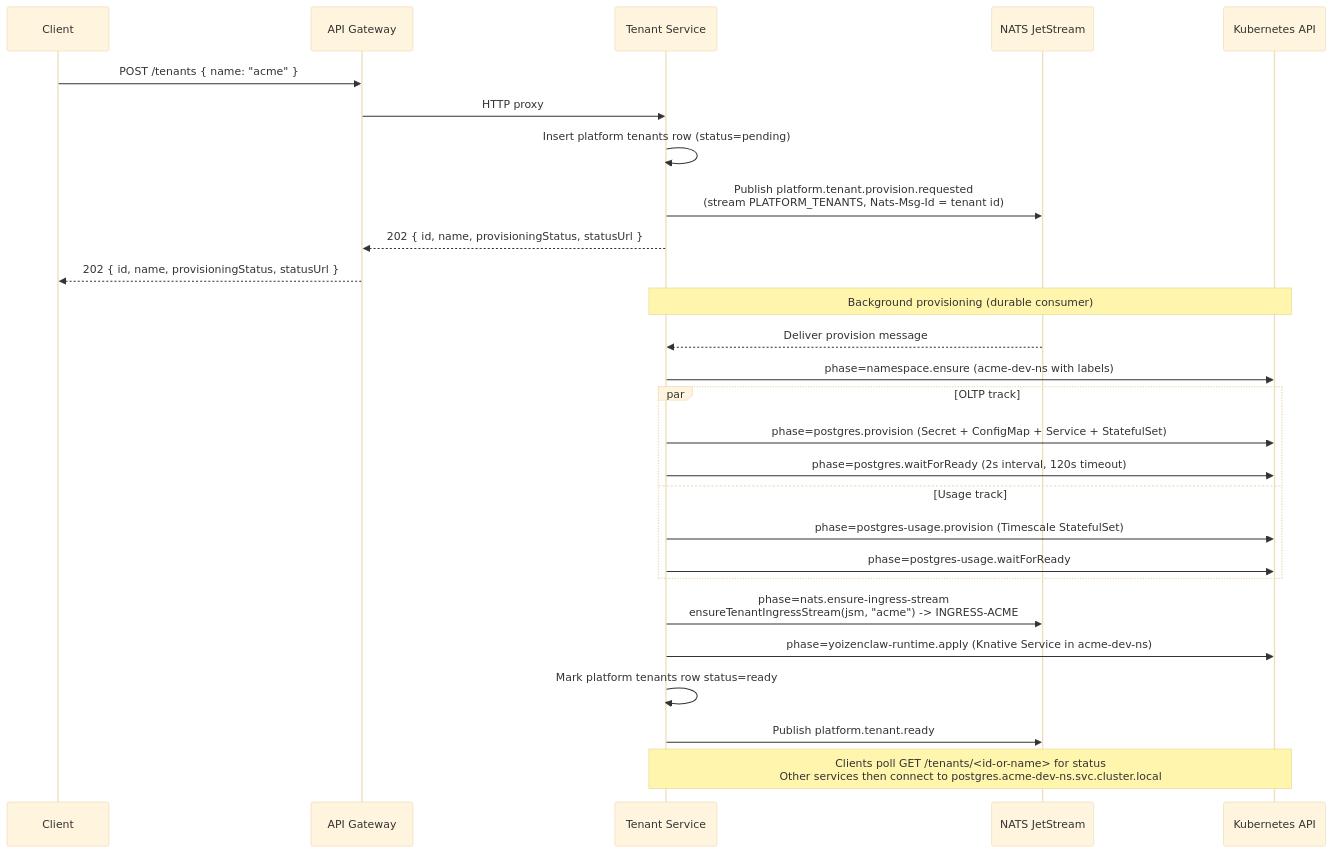
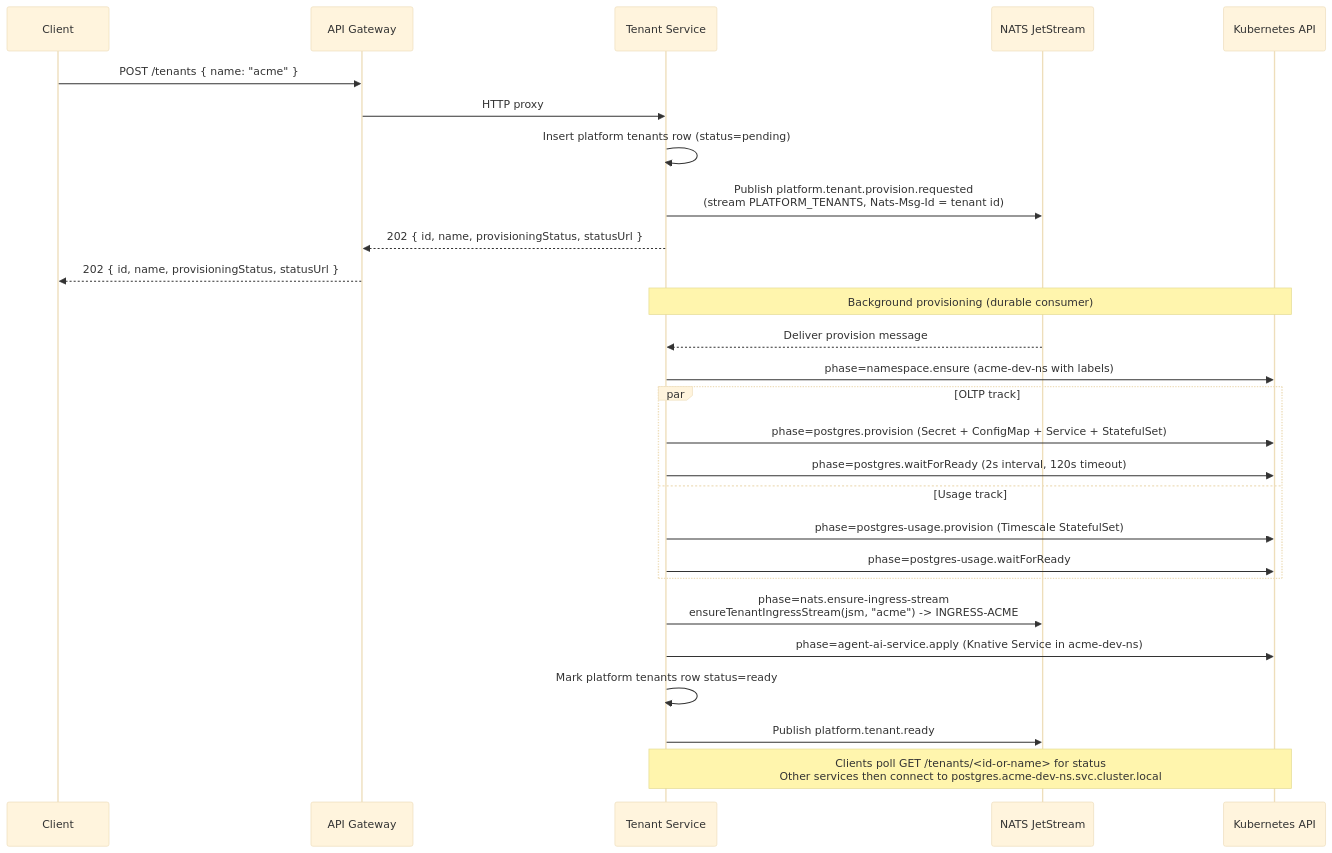
The fourth of 11 diagrams in DOCS/01-ARCHITECTURE.md (ccarnero/colloqui), drawn with Mermaid (base theme) before and after one commit. The commit also changed other lines of this file and 1226 other files, not shown here.

````diff
--- a/DOCS/01-ARCHITECTURE.md
+++ b/DOCS/01-ARCHITECTURE.md
@@ -198,32 +198,32 @@
 ```mermaid
 sequenceDiagram
     participant C as Client
     participant GW as API Gateway
     participant TS as Tenant Service
     participant NATS as NATS JetStream
     participant K8s as Kubernetes API
 
     C->>GW: POST /tenants { name: "acme" }
     GW->>TS: HTTP proxy
     TS->>TS: Insert platform tenants row (status=pending)
     TS->>NATS: Publish platform.tenant.provision.requested<br/>(stream PLATFORM_TENANTS, Nats-Msg-Id = tenant id)
     TS-->>GW: 202 { id, name, provisioningStatus, statusUrl }
     GW-->>C: 202 { id, name, provisioningStatus, statusUrl }
 
     Note over TS,K8s: Background provisioning (durable consumer)
     NATS-->>TS: Deliver provision message
     TS->>K8s: phase=namespace.ensure (acme-dev-ns with labels)
     par OLTP track
         TS->>K8s: phase=postgres.provision (Secret + ConfigMap + Service + StatefulSet)
         TS->>K8s: phase=postgres.waitForReady (2s interval, 120s timeout)
     and Usage track
         TS->>K8s: phase=postgres-usage.provision (Timescale StatefulSet)
         TS->>K8s: phase=postgres-usage.waitForReady
     end
     TS->>NATS: phase=nats.ensure-ingress-stream<br/>ensureTenantIngressStream(jsm, "acme") -> INGRESS-ACME
-    TS->>K8s: phase=yoizenclaw-runtime.apply (Knative Service in acme-dev-ns)
+    TS->>K8s: phase=agent-ai-service.apply (Knative Service in acme-dev-ns)
     TS->>TS: Mark platform tenants row status=ready
     TS->>NATS: Publish platform.tenant.ready
 
     Note over TS,K8s: Clients poll GET /tenants/<id-or-name> for status<br/>Other services then connect to postgres.acme-dev-ns.svc.cluster.local
 ```
````
